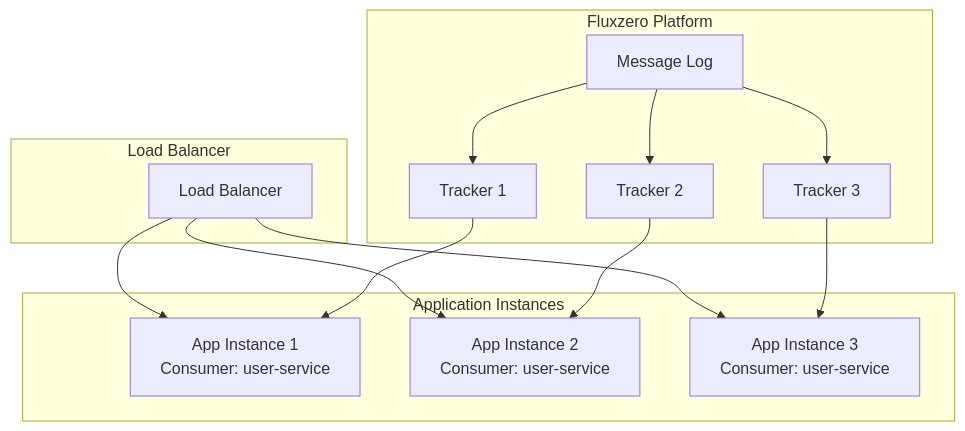
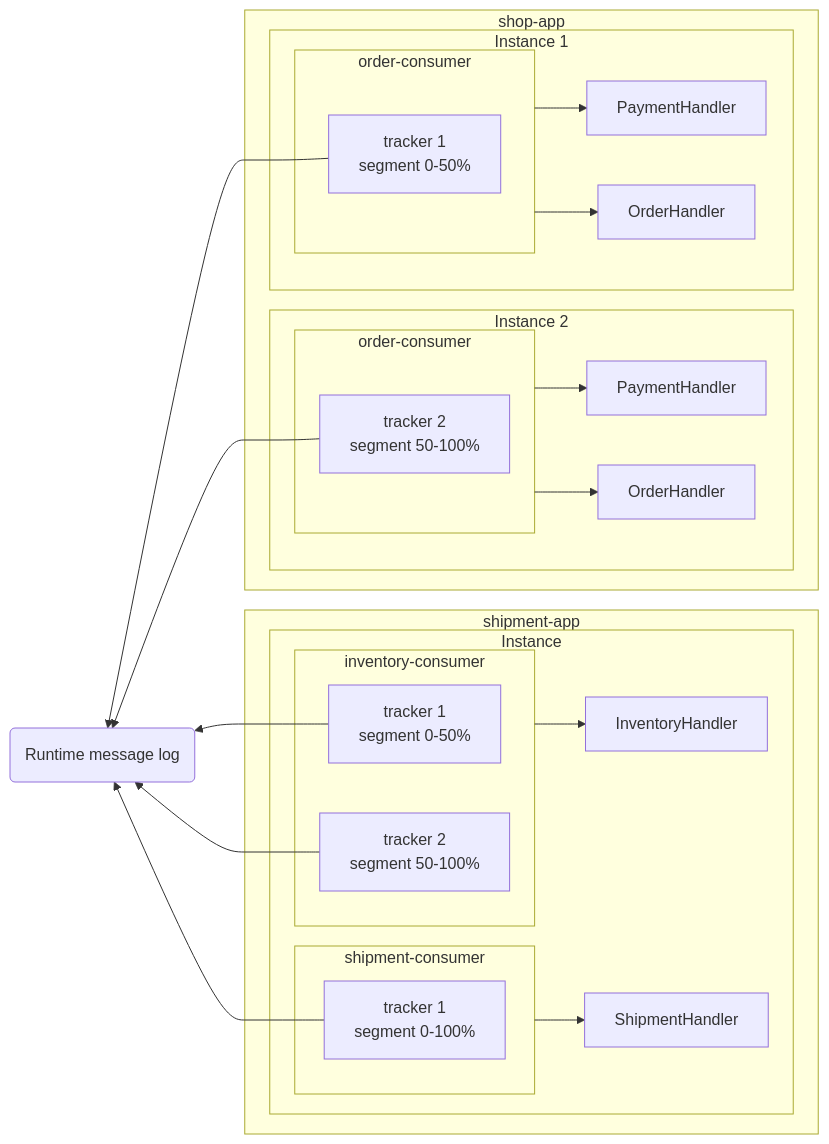
One commit to fluxzero-io/fluxzero-site changed the second of 2 diagrams in src/content/docs/docs/reference/020-consumer.mdx. Above: the diagram before and after it, drawn with Mermaid. The commit also changed other lines of this file and 12 other files, not shown here.

````diff
--- a/src/content/docs/docs/reference/020-consumer.mdx
+++ b/src/content/docs/docs/reference/020-consumer.mdx
@@ -220,31 +51,75 @@
 ```mermaid
-graph TB
-    subgraph "Load Balancer"
-        LB[Load Balancer]
+graph LR
+    ML(Runtime message log)
+
+    H1[PaymentHandler]
+    H2[OrderHandler]
+    H3[InventoryHandler]
+    H4[ShipmentHandler]
+    T1[tracker 1
+       segment 0-50%]
+    T2[tracker 2
+       segment 50-100%]
+    T3[tracker 1
+       segment 0-50%]
+    T4[tracker 2
+       segment 50-100%]
+    T5[tracker 1
+       segment 0-100%]
+
+    subgraph A2[shipment-app]
+        subgraph I3[Instance]
+            subgraph C2[inventory-consumer]
+                T3
+                T4
+            end
+            subgraph C3[shipment-consumer]
+                T5
+            end
+
+
+            H3
+            H4
+        end
     end
-    
-    subgraph "Application Instances"
-        App1[App Instance 1<br/>Consumer: user-service]
-        App2[App Instance 2<br/>Consumer: user-service]
-        App3[App Instance 3<br/>Consumer: user-service]
+
+    subgraph A1[shop-app]
+        subgraph I2[Instance 2]
+            subgraph C1B[order-consumer]
+                T2
+            end
+            H1B[PaymentHandler]
+            H2B[OrderHandler]
+        end
+        subgraph I1[Instance 1]
+            subgraph C1[order-consumer]
+                T1
+            end
+            H1
+            H2
+        end
     end
-    
-    subgraph "Fluxzero Platform"
-        ML[Message Log]
-        T1[Tracker 1]
-        T2[Tracker 2]
-        T3[Tracker 3]
-    end
-    
-    LB --> App1
-    LB --> App2
-    LB --> App3
-    
-    ML --> T1
-    ML --> T2
-    ML --> T3
-    
-    T1 --> App1
-    T2 --> App2
-    T3 --> App3
+
+    ML ~~~ T1 --> ML
+    T1 ~~~ ML
+
+    ML ~~~ T2 --> ML
+    T2 ~~~ ML
+
+    ML ~~~ T3 --> ML
+    T3 ~~~ ML
+
+    ML ~~~ T4 --> ML
+    T4 ~~~ ML
+
+    ML ~~~ T5 --> ML
+    T5 ~~~ ML
+
+    C1 --> H1
+    C1 --> H2
+    C1B --> H1B
+    C1B --> H2B
+    C2 --> H3
+    C3 --> H4
+
 ```
````
